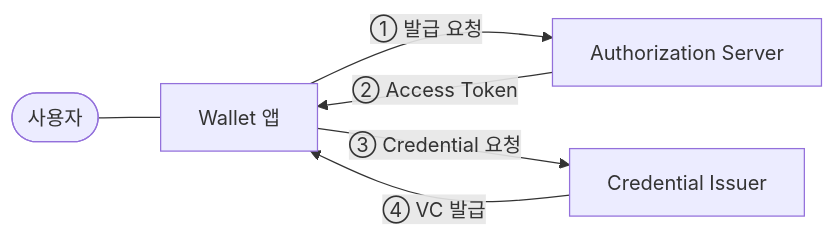
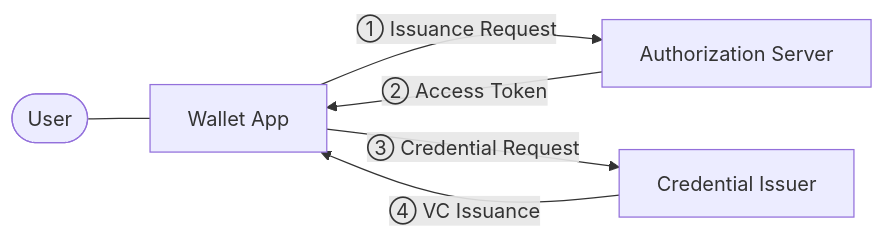
One commit to OmniOneID/poc-oid4vc changed the first of 2 diagrams in docs/concepts/oid4vci/oid4vci_overview.md. Above: the diagram before and after it, drawn with Mermaid. The commit also changed other lines of this file and 29 other files, not shown here.

````diff
--- a/docs/concepts/oid4vci/oid4vci_overview.md
+++ b/docs/concepts/oid4vci/oid4vci_overview.md
@@ -57,8 +57,8 @@
 ```mermaid
 flowchart LR
-    User([사용자]) --- Wallet[Wallet 앱]
-    Wallet -->|① 발급 요청| AS[Authorization Server]
+    User([User]) --- Wallet[Wallet App]
+    Wallet -->|① Issuance Request| AS[Authorization Server]
     AS -->|② Access Token| Wallet
-    Wallet -->|③ Credential 요청| Issuer[Credential Issuer]
-    Issuer -->|④ VC 발급| Wallet
+    Wallet -->|③ Credential Request| Issuer[Credential Issuer]
+    Issuer -->|④ VC Issuance| Wallet
 ```
````
